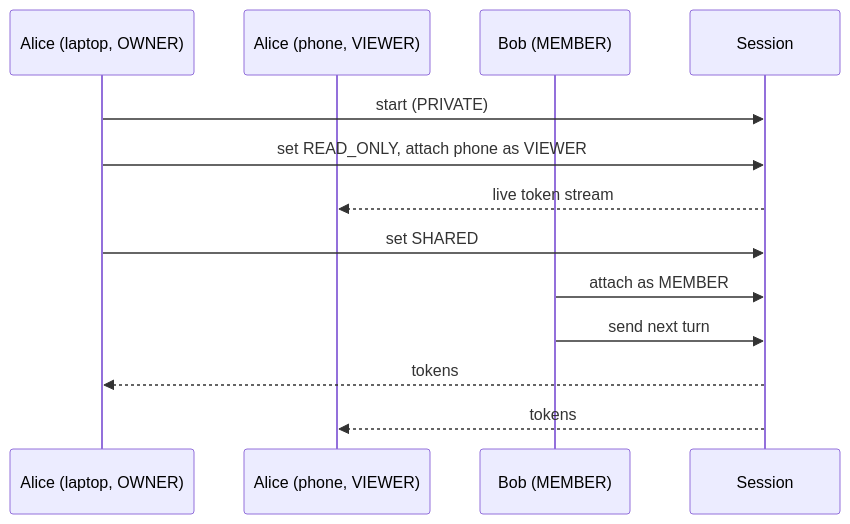
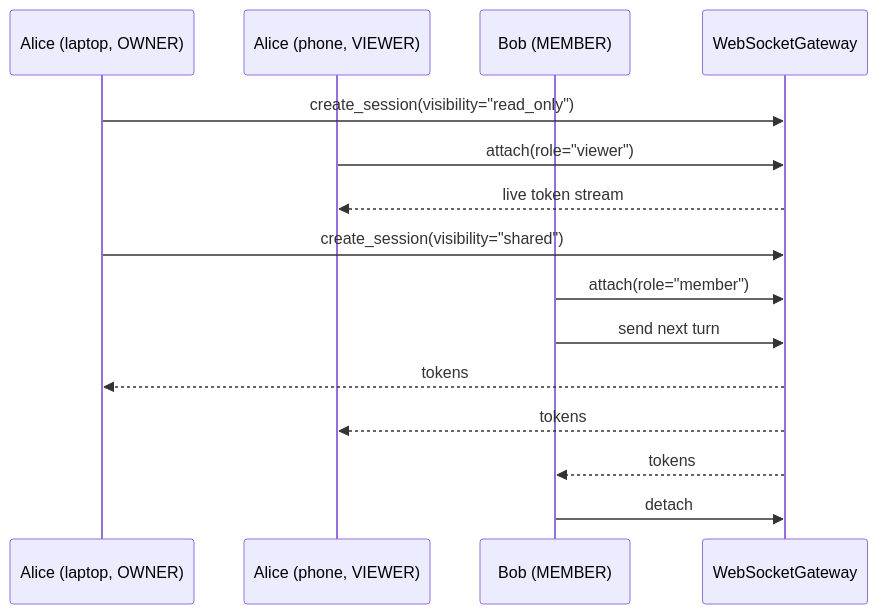
Before and after one commit to MervinPraison/PraisonAIDocs: the sixth of 6 diagrams in docs/features/gateway-session-sharing.mdx, drawn with Mermaid. The commit also changed other lines of this file, not shown here.

Commit message:
fix: document WebSocketGateway session sharing server API (fixes #4719)

````diff
--- a/docs/features/gateway-session-sharing.mdx
+++ b/docs/features/gateway-session-sharing.mdx
@@ -244,16 +382,18 @@
 ```mermaid
 sequenceDiagram
     participant Laptop as Alice (laptop, OWNER)
     participant Phone as Alice (phone, VIEWER)
     participant Bob as Bob (MEMBER)
-    participant Session
+    participant Gateway as WebSocketGateway
 
-    Laptop->>Session: start (PRIVATE)
-    Laptop->>Session: set READ_ONLY, attach phone as VIEWER
-    Session-->>Phone: live token stream
-    Laptop->>Session: set SHARED
-    Bob->>Session: attach as MEMBER
-    Bob->>Session: send next turn
-    Session-->>Laptop: tokens
-    Session-->>Phone: tokens
+    Laptop->>Gateway: create_session(visibility="read_only")
+    Phone->>Gateway: attach(role="viewer")
+    Gateway-->>Phone: live token stream
+    Laptop->>Gateway: create_session(visibility="shared")
+    Bob->>Gateway: attach(role="member")
+    Bob->>Gateway: send next turn
+    Gateway-->>Laptop: tokens
+    Gateway-->>Phone: tokens
+    Gateway-->>Bob: tokens
+    Bob->>Gateway: detach
 ```
````
